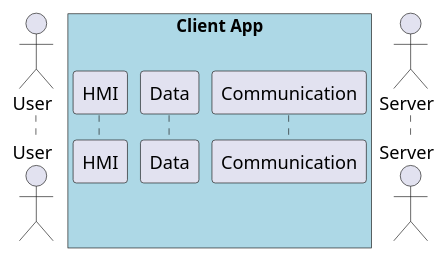
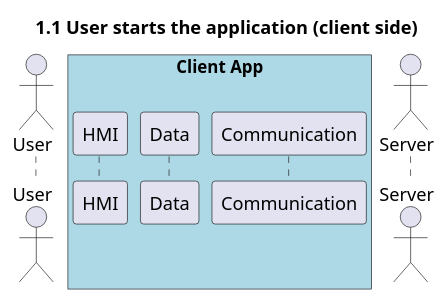
One commit to UTCAI12/Diagrams changed the diagram in sequence/1.1.user_starts_application_client.puml. Above: the diagram before and after it, drawn with PlantUML. The commit also changed 30 other files, not shown here.

Commit message:
adding titles on all diagrams

```diff
--- a/sequence/1.1.user_starts_application_client.puml
+++ b/sequence/1.1.user_starts_application_client.puml
@@ -1,11 +1,12 @@
 @startuml 1.1 User starts the application (client side)
+title 1.1 User starts the application (client side)
 
 actor "User" as user
 box "Client App" #LightBlue
     participant "HMI" as hmi
     participant "Data" as data
     participant "Communication" as com
 end box
 actor "Server" as server
 
 @enduml
```
